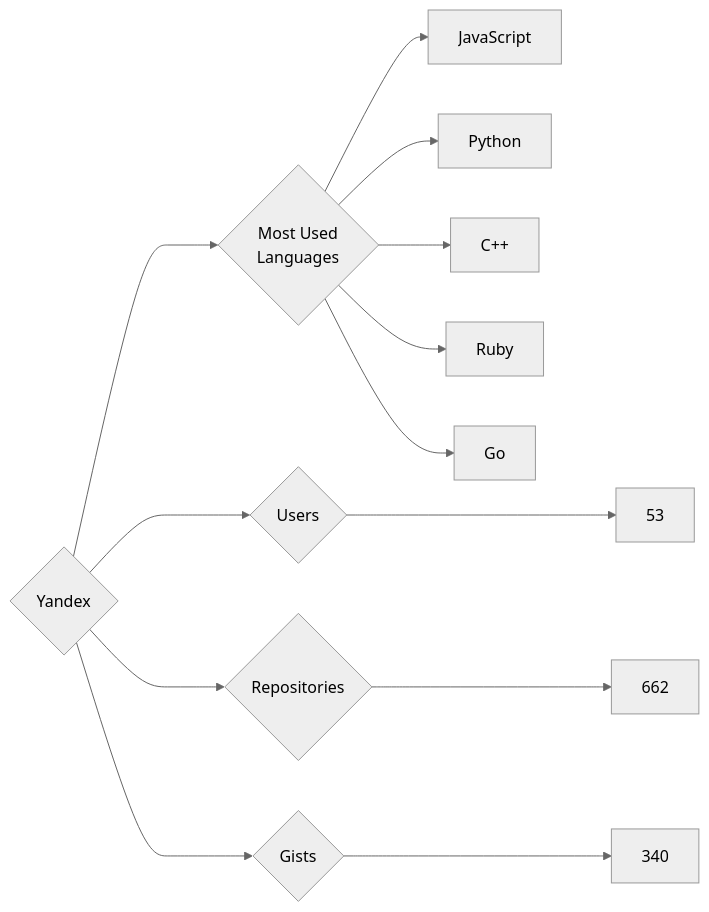
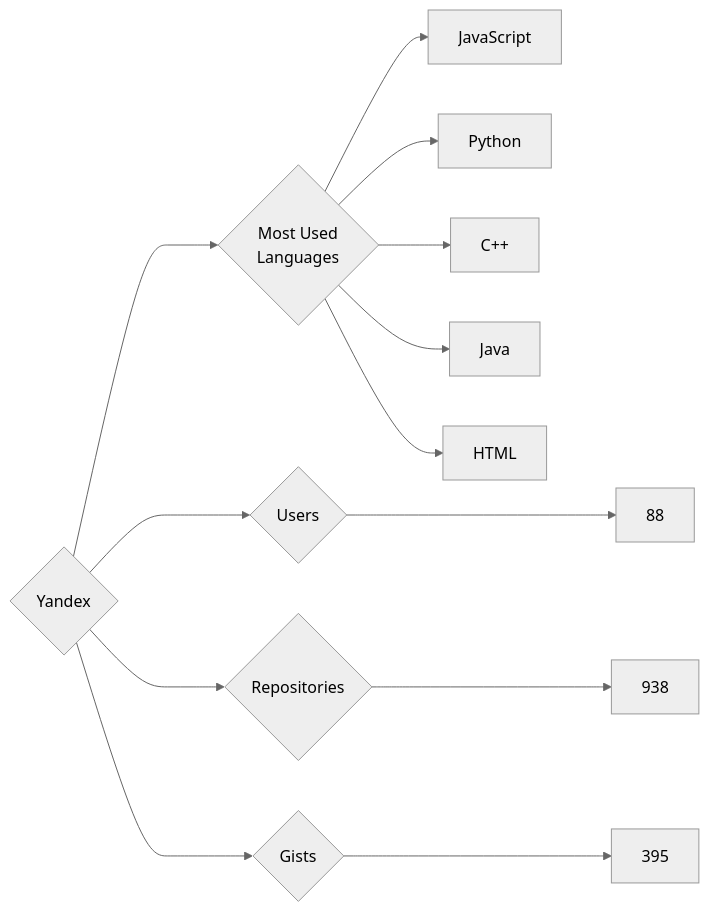
One commit to trickest/insiders changed the diagram in targets/Yandex/README.md. Above: the diagram before and after it, drawn with Mermaid (neutral theme). The commit also changed 878 other files, not shown here.

````diff
--- a/targets/Yandex/README.md
+++ b/targets/Yandex/README.md
@@ -3,13 +3,13 @@
 ```mermaid
 graph LR
 COMPANY_NAME{Yandex}
-COMPANY_NAME ---> U{Users} ---> UN[53]
-COMPANY_NAME ---> R{Repositories} ---> RN[662]
-COMPANY_NAME ---> G{Gists} ---> GN[340]
+COMPANY_NAME ---> U{Users} ---> UN[88]
+COMPANY_NAME ---> R{Repositories} ---> RN[938]
+COMPANY_NAME ---> G{Gists} ---> GN[395]
 COMPANY_NAME ---> ML{Most Used<br>Languages}
 ML --> JavaScript[JavaScript]
 ML --> Python[Python]
 ML --> C++[C++]
-ML --> Ruby[Ruby]
-ML --> Go[Go]
+ML --> Java[Java]
+ML --> HTML[HTML]
 ```
````
